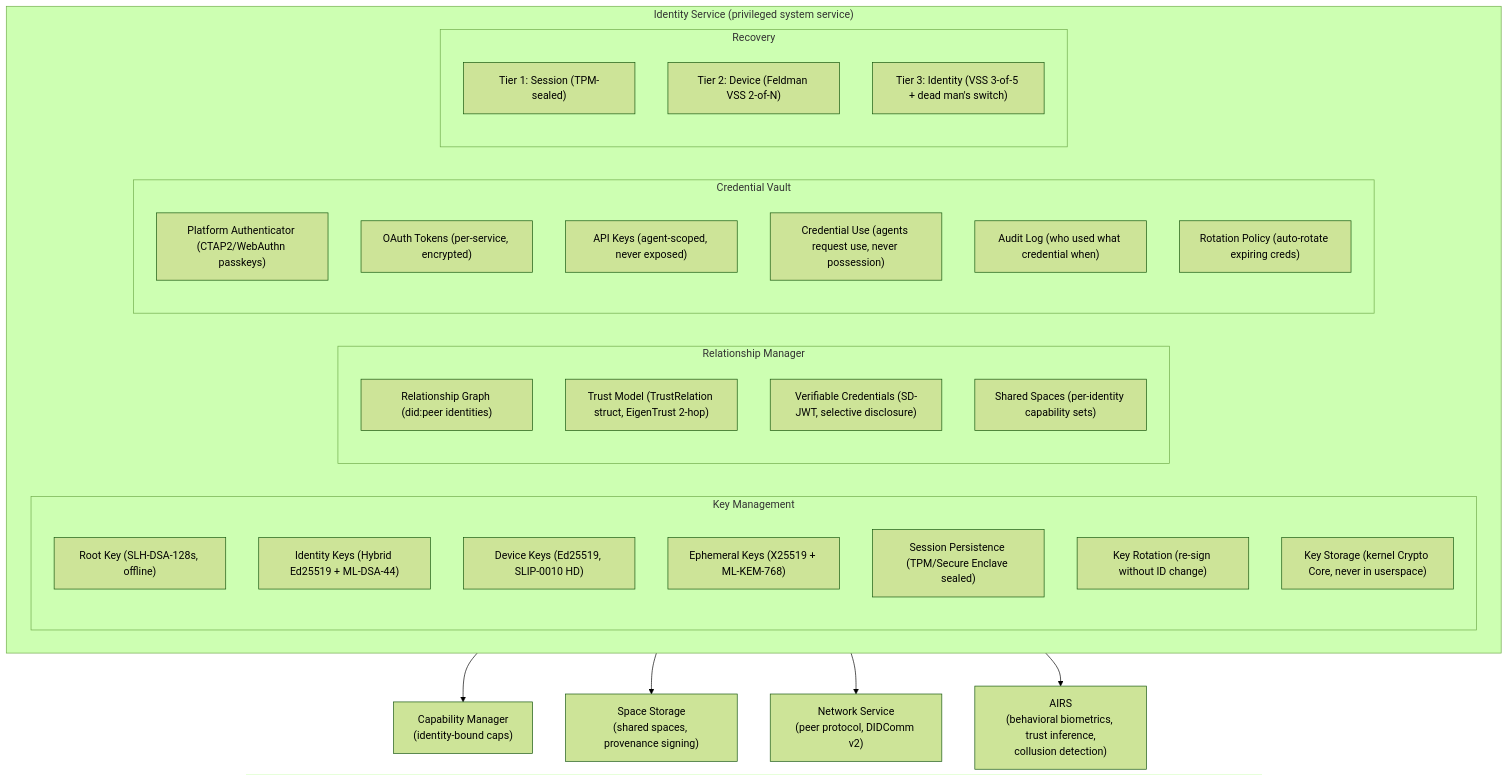
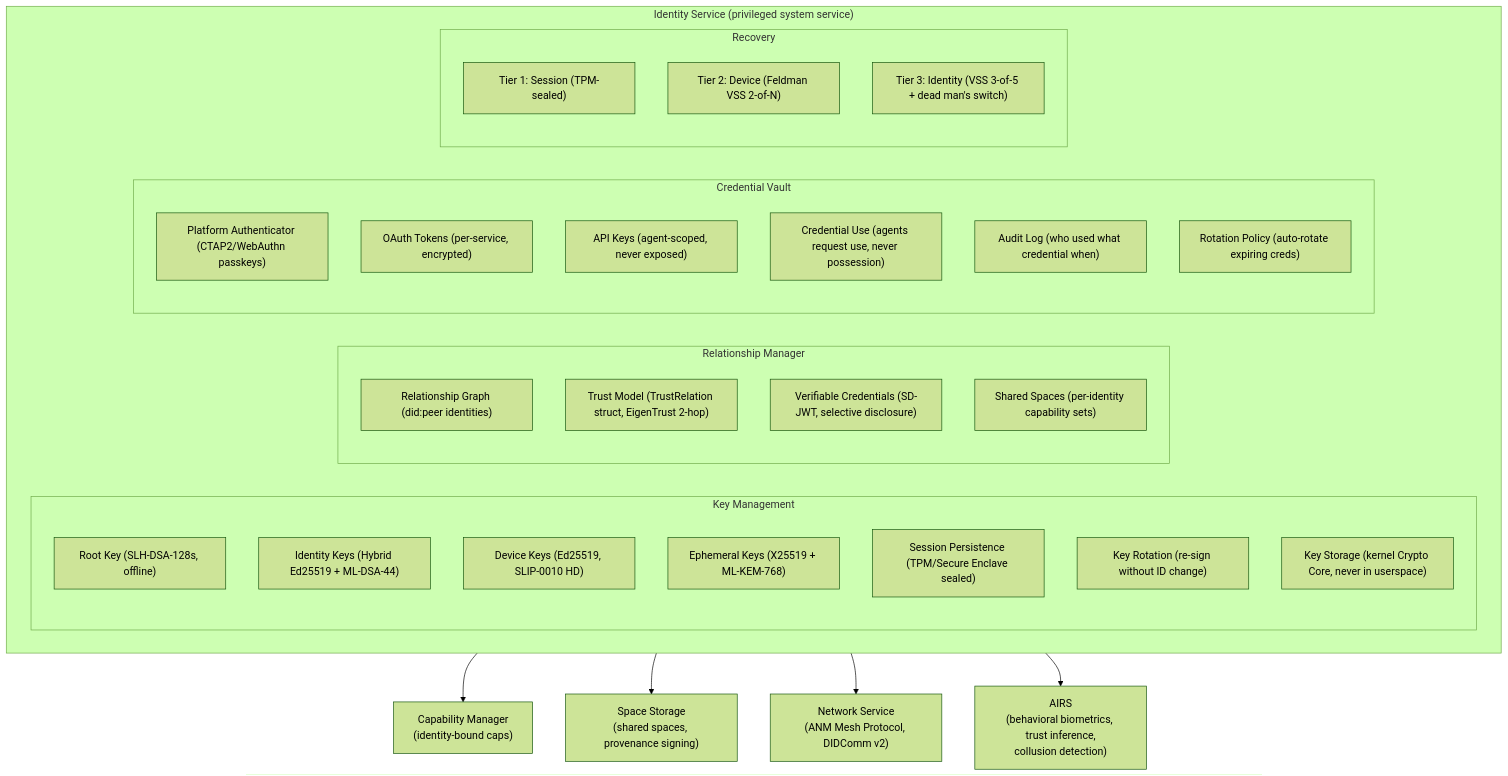
One commit to juslee/aios changed the diagram in docs/experience/identity.md. Above: the diagram before and after it, drawn with Mermaid (forest theme). The commit also changed other lines of this file and 74 other files, not shown here.

First line of the commit message:
ANM: AI Network Model — replace OSI with mesh-native networking (#139)

````diff
--- a/docs/experience/identity.md
+++ b/docs/experience/identity.md
@@ -41,46 +41,46 @@
 ```mermaid
 flowchart TD
     subgraph IS["Identity Service (privileged system service)"]
         subgraph KM["Key Management"]
             RK["Root Key (SLH-DSA-128s, offline)"]
             IK["Identity Keys (Hybrid Ed25519 + ML-DSA-44)"]
             DK["Device Keys (Ed25519, SLIP-0010 HD)"]
             EK["Ephemeral Keys (X25519 + ML-KEM-768)"]
             SP["Session Persistence (TPM/Secure Enclave sealed)"]
             KR["Key Rotation (re-sign without ID change)"]
             KS["Key Storage (kernel Crypto Core, never in userspace)"]
         end
 
         subgraph RM["Relationship Manager"]
             RG["Relationship Graph (did:peer identities)"]
             TM["Trust Model (TrustRelation struct, EigenTrust 2-hop)"]
             VC["Verifiable Credentials (SD-JWT, selective disclosure)"]
             SS["Shared Spaces (per-identity capability sets)"]
         end
 
         subgraph CV["Credential Vault"]
             PA["Platform Authenticator (CTAP2/WebAuthn passkeys)"]
             OT["OAuth Tokens (per-service, encrypted)"]
             AK["API Keys (agent-scoped, never exposed)"]
             CU["Credential Use (agents request use, never possession)"]
             AL["Audit Log (who used what credential when)"]
             RP["Rotation Policy (auto-rotate expiring creds)"]
         end
 
         subgraph RC["Recovery"]
             T1["Tier 1: Session (TPM-sealed)"]
             T2["Tier 2: Device (Feldman VSS 2-of-N)"]
             T3["Tier 3: Identity (VSS 3-of-5 + dead man's switch)"]
         end
     end
 
     IS --> CM["`Capability Manager
 (identity-bound caps)`"]
     IS --> STO["`Space Storage
 (shared spaces, provenance signing)`"]
     IS --> NS["`Network Service
-(peer protocol, DIDComm v2)`"]
+(ANM Mesh Protocol, DIDComm v2)`"]
     IS --> AIRS["`AIRS
 (behavioral biometrics, trust inference,
 collusion detection)`"]
 ```
````
